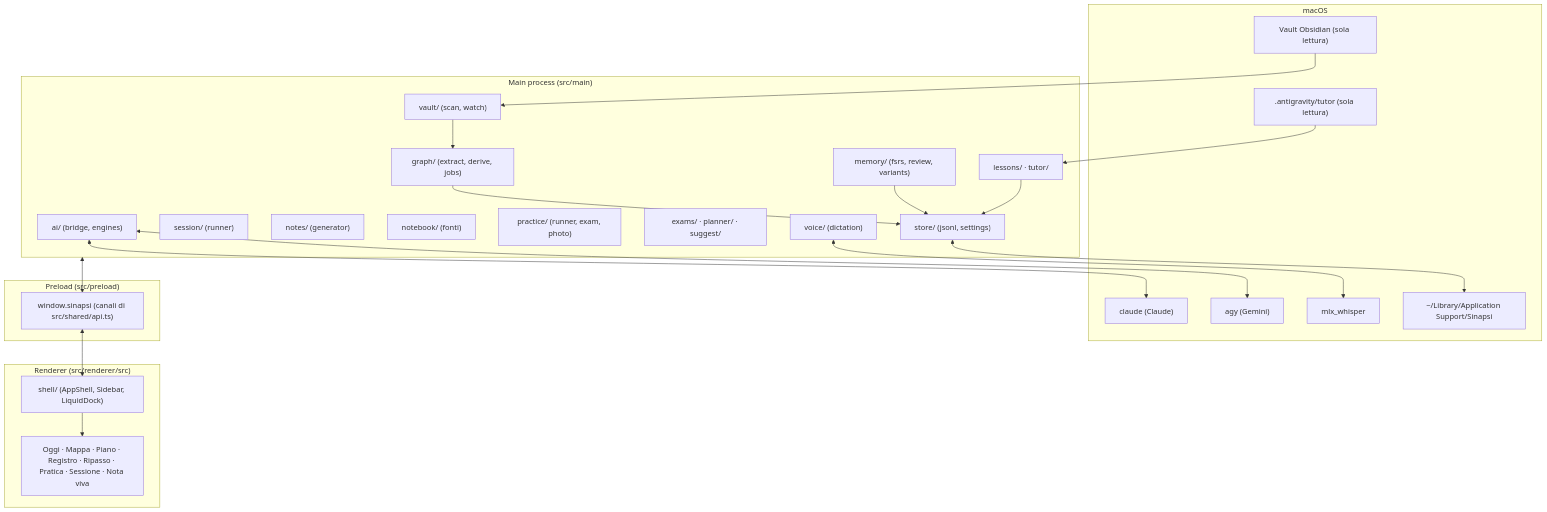
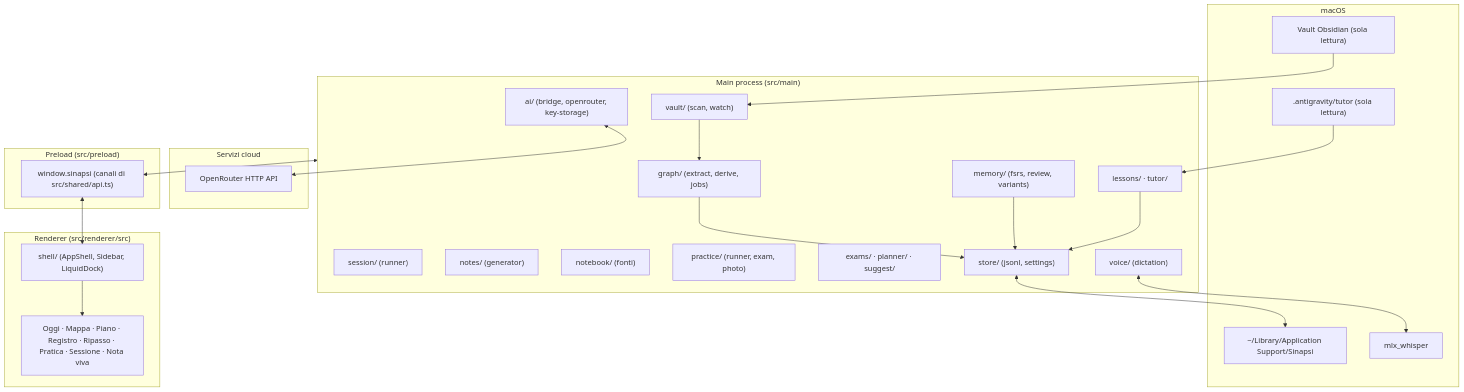
The first of 6 diagrams in docs/ARCHITECTURE.md (andrevvuuuu/sinapsi), drawn with Mermaid before and after one commit. The commit also changed other lines of this file and 4 other files, not shown here.

Commit message:
docs: update documentation for OpenRouter API and generalization

````diff
--- a/docs/ARCHITECTURE.md
+++ b/docs/ARCHITECTURE.md
@@ -61,48 +64,49 @@
 ```mermaid
 graph TD
     subgraph Host ["macOS"]
         Vault["Vault Obsidian (sola lettura)"]
         Tutor[".antigravity/tutor (sola lettura)"]
         Data["~/Library/Application Support/Sinapsi"]
-        AGY["agy (Gemini)"]
-        CLAUDE["claude (Claude)"]
         WHISPER["mlx_whisper"]
     end
 
+    subgraph External ["Servizi cloud"]
+        OpenRouter["OpenRouter HTTP API"]
+    end
+
     subgraph Main ["Main process (src/main)"]
-        AI["ai/ (bridge, engines)"]
+        AI["ai/ (bridge, openrouter, key-storage)"]
         VaultMod["vault/ (scan, watch)"]
         Graph["graph/ (extract, derive, jobs)"]
         Memory["memory/ (fsrs, review, variants)"]
         Session["session/ (runner)"]
         Notes["notes/ (generator)"]
         Notebook["notebook/ (fonti)"]
         Practice["practice/ (runner, exam, photo)"]
         Lessons["lessons/ · tutor/"]
         Plan["exams/ · planner/ · suggest/"]
         Voice["voice/ (dictation)"]
         Store["store/ (jsonl, settings)"]
     end
 
     subgraph Bridge ["Preload (src/preload)"]
         API["window.sinapsi (canali di src/shared/api.ts)"]
     end
 
     subgraph Renderer ["Renderer (src/renderer/src)"]
         Shell["shell/ (AppShell, Sidebar, LiquidDock)"]
         Views["Oggi · Mappa · Piano · Registro · Ripasso · Pratica · Sessione · Nota viva"]
     end
 
     Vault --> VaultMod
     Tutor --> Lessons
-    AI <--> AGY
-    AI <--> CLAUDE
+    AI <--> OpenRouter
     Voice <--> WHISPER
     VaultMod --> Graph
     Graph --> Store
     Memory --> Store
     Lessons --> Store
     Store <--> Data
     Main <--> API <--> Shell
     Shell --> Views
 ```
````
